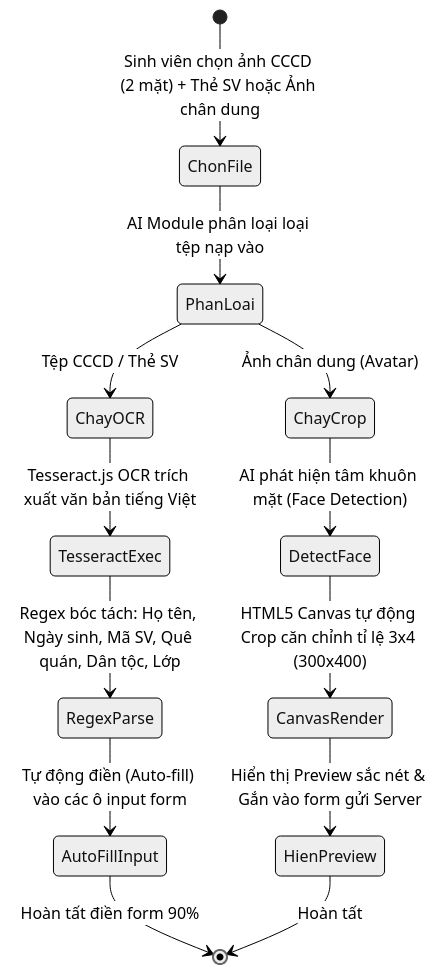
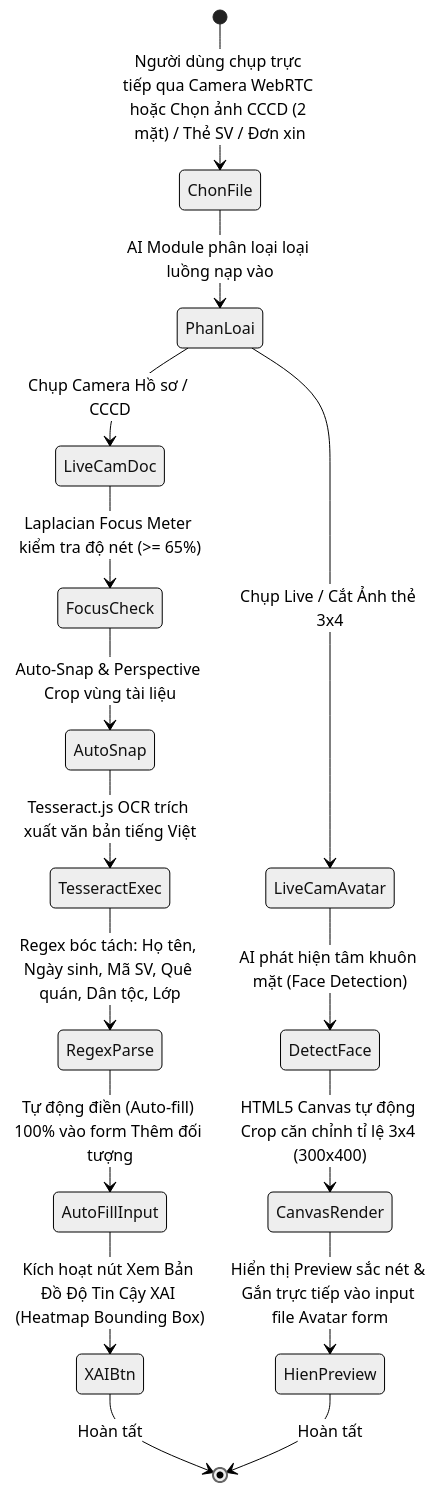
Before and after one commit to Datdajt03/QLQTUT-Dang: the fifth of 10 diagrams in chitiet.md, drawn with Mermaid (neutral theme). The commit also changed other lines of this file and 59 other files, not shown here.

````diff
--- a/chitiet.md
+++ b/chitiet.md
@@ -463,19 +489,22 @@
 ```mermaid
 stateDiagram-v2
-    [*] --> ChonFile : Sinh viên chọn ảnh CCCD (2 mặt) + Thẻ SV hoặc Ảnh chân dung
-    ChonFile --> PhanLoai : AI Module phân loại loại tệp nạp vào
+    [*] --> ChonFile : Người dùng chụp trực tiếp qua Camera WebRTC hoặc Chọn ảnh CCCD (2 mặt) / Thẻ SV / Đơn xin
+    ChonFile --> PhanLoai : AI Module phân loại loại luồng nạp vào
 
     state PhanLoai <<choice>>
-    PhanLoai --> ChayOCR : Tệp CCCD / Thẻ SV
-    PhanLoai --> ChayCrop : Ảnh chân dung (Avatar)
+    PhanLoai --> LiveCamDoc : Chụp Camera Hồ sơ / CCCD
+    PhanLoai --> LiveCamAvatar : Chụp Live / Cắt Ảnh thẻ 3x4
 
-    ChayOCR --> TesseractExec : Tesseract.js OCR trích xuất văn bản tiếng Việt
+    LiveCamDoc --> FocusCheck : Laplacian Focus Meter kiểm tra độ nét (>= 65%)
+    FocusCheck --> AutoSnap : Auto-Snap & Perspective Crop vùng tài liệu
+    AutoSnap --> TesseractExec : Tesseract.js OCR trích xuất văn bản tiếng Việt
     TesseractExec --> RegexParse : Regex bóc tách: Họ tên, Ngày sinh, Mã SV, Quê quán, Dân tộc, Lớp
-    RegexParse --> AutoFillInput : Tự động điền (Auto-fill) vào các ô input form
-    AutoFillInput --> [*] : Hoàn tất điền form 90%
+    RegexParse --> AutoFillInput : Tự động điền (Auto-fill) 100% vào form Thêm đối tượng
+    AutoFillInput --> XAIBtn : Kích hoạt nút Xem Bản Đồ Độ Tin Cậy XAI (Heatmap Bounding Box)
+    XAIBtn --> [*] : Hoàn tất
 
-    ChayCrop --> DetectFace : AI phát hiện tâm khuôn mặt (Face Detection)
+    LiveCamAvatar --> DetectFace : AI phát hiện tâm khuôn mặt (Face Detection)
     DetectFace --> CanvasRender : HTML5 Canvas tự động Crop căn chỉnh tỉ lệ 3x4 (300x400)
-    CanvasRender --> HienPreview : Hiển thị Preview sắc nét & Gắn vào form gửi Server
+    CanvasRender --> HienPreview : Hiển thị Preview sắc nét & Gắn trực tiếp vào input file Avatar form
     HienPreview --> [*] : Hoàn tất
 ```
````
